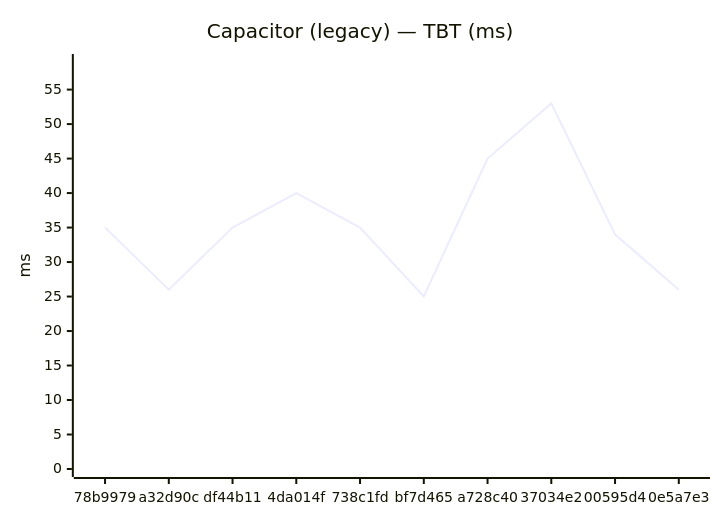
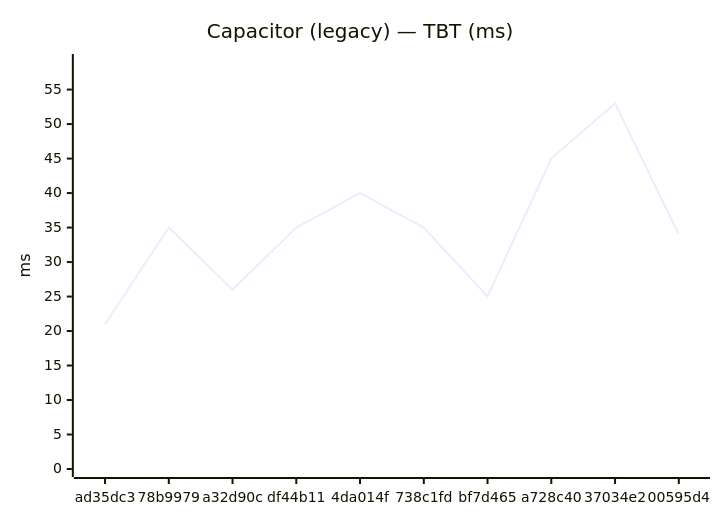
One commit to Metaheurist/Rianell changed the sixth of 24 diagrams in benchmarks/compare.md. Above: the diagram before and after it, drawn with Mermaid. The commit also changed other lines of this file and 12 other files, not shown here.

````diff
--- a/benchmarks/compare.md
+++ b/benchmarks/compare.md
@@ -91,7 +91,7 @@
 ```mermaid
 xychart-beta
     title "Capacitor (legacy) — TBT (ms)"
-    x-axis ["78b9979", "a32d90c", "df44b11", "4da014f", "738c1fd", "bf7d465", "a728c40", "37034e2", "00595d4", "0e5a7e3"]
+    x-axis ["ad35dc3", "78b9979", "a32d90c", "df44b11", "4da014f", "738c1fd", "bf7d465", "a728c40", "37034e2", "00595d4"]
     y-axis "ms" 0 --> 59
-    line [35, 26, 35, 40, 35, 25, 45, 53, 34, 26]
+    line [21, 35, 26, 35, 40, 35, 25, 45, 53, 34]
 ```
````
